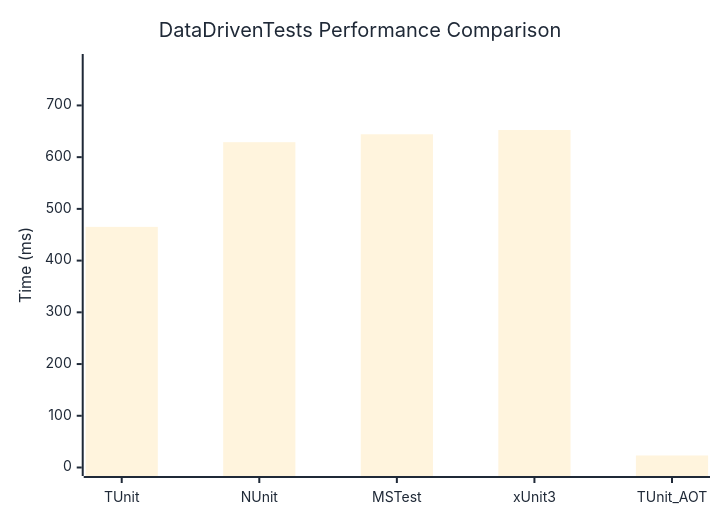
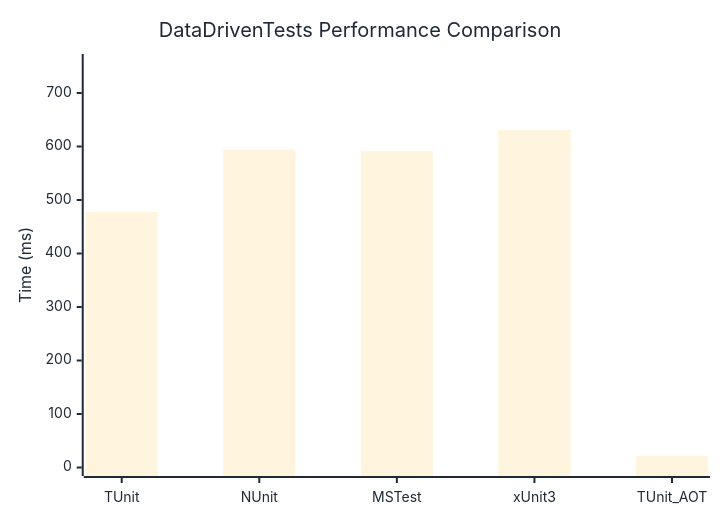
One commit to thomhurst/TUnit changed the diagram in docs/docs/benchmarks/DataDrivenTests.md. Above: the diagram before and after it, drawn with Mermaid. The commit also changed other lines of this file and 17 other files, not shown here.

````diff
--- a/docs/docs/benchmarks/DataDrivenTests.md
+++ b/docs/docs/benchmarks/DataDrivenTests.md
@@ -27,37 +27,37 @@
 ```mermaid
 %%{init: {
   'theme':'base',
   'themeVariables': {
     'primaryColor': '#2563eb',
     'primaryTextColor': '#1f2937',
     'primaryBorderColor': '#1e40af',
     'lineColor': '#6b7280',
     'secondaryColor': '#7c3aed',
     'tertiaryColor': '#dc2626',
     'background': '#ffffff',
     'mainBkg': '#2563eb',
     'secondBkg': '#7c3aed',
     'tertiaryBkg': '#dc2626',
     'clusterBkg': '#f3f4f6',
     'edgeLabelBackground': '#ffffff',
     'tertiaryTextColor': '#1f2937',
     'pie1': '#2563eb',
     'pie2': '#7c3aed',
     'pie3': '#dc2626',
     'pie4': '#f59e0b',
     'pie5': '#10b981',
     'pie6': '#06b6d4',
     'pie7': '#ec4899',
     'pie8': '#6366f1',
     'pie9': '#84cc16',
     'pie10': '#f97316',
     'pie11': '#14b8a6',
     'pie12': '#a855f7'
   }
 }}%%
 xychart-beta
   title "DataDrivenTests Performance Comparison"
   x-axis ["TUnit", "NUnit", "MSTest", "xUnit3", "TUnit_AOT"]
-  y-axis "Time (ms)" 0 --> 783
-  bar [465.22, 628.96, 644.26, 652.47, 23.25]
+  y-axis "Time (ms)" 0 --> 757
+  bar [477.83, 594.2, 591.77, 630.81, 22]
 ```
````
